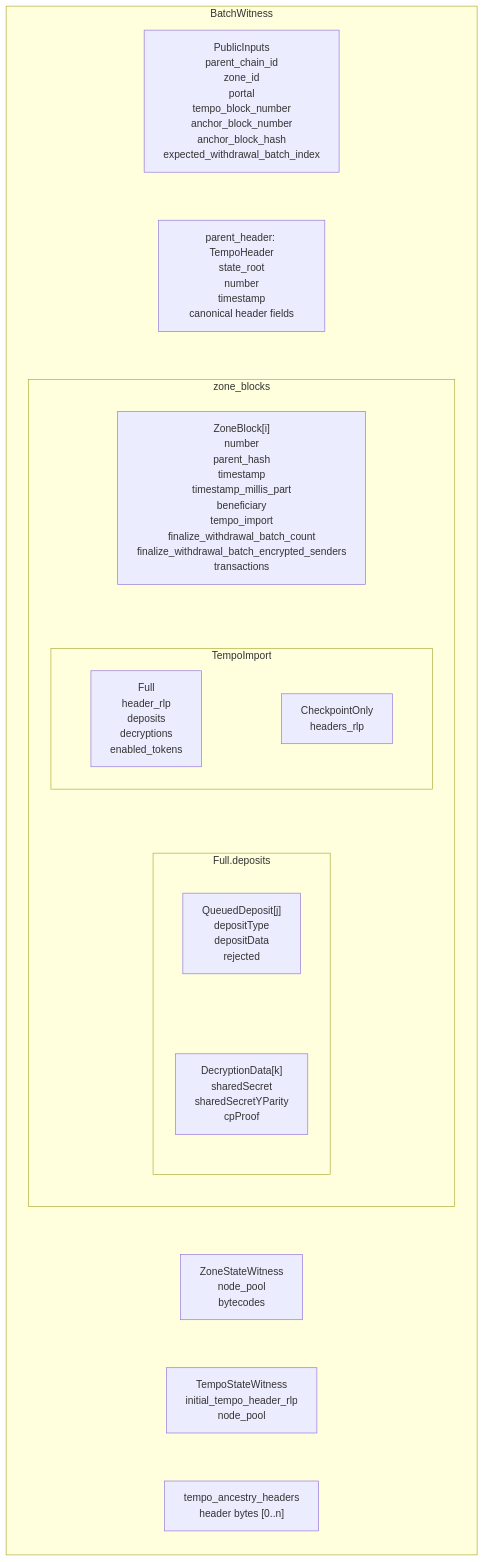
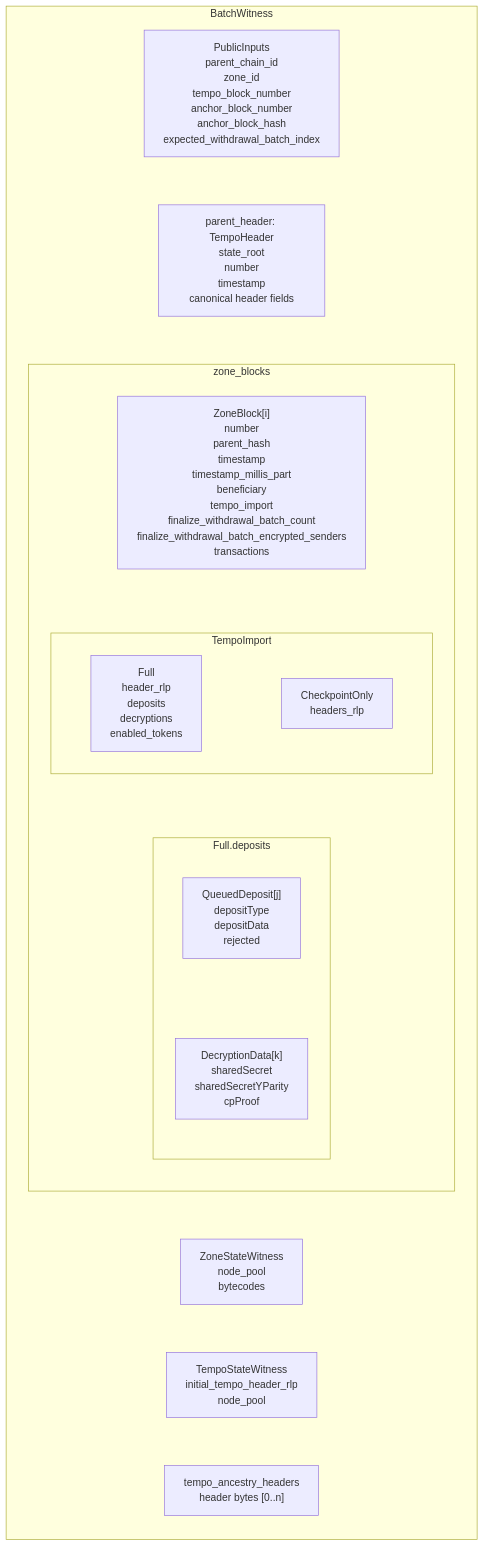
The fifth of 5 diagrams in specs/spec.md (tempoxyz/zones), drawn with Mermaid before and after one commit. The commit also changed other lines of this file and 14 other files, not shown here.

Commit message:
fix(spf): derive portal address from trusted zone spec

````diff
--- a/specs/spec.md
+++ b/specs/spec.md
@@ -1180,41 +1180,41 @@
 ```mermaid
 flowchart TB
     subgraph BW["BatchWitness"]
         direction TB
 
-        PI["PublicInputs<br/>parent_chain_id<br/>zone_id<br/>portal<br/>tempo_block_number<br/>anchor_block_number<br/>anchor_block_hash<br/>expected_withdrawal_batch_index"]
+        PI["PublicInputs<br/>parent_chain_id<br/>zone_id<br/>tempo_block_number<br/>anchor_block_number<br/>anchor_block_hash<br/>expected_withdrawal_batch_index"]
         PH["parent_header: TempoHeader<br/>state_root<br/>number<br/>timestamp<br/>canonical header fields"]
 
         subgraph ZBL["zone_blocks"]
             direction TB
             ZB["ZoneBlock[i]<br/>number<br/>parent_hash<br/>timestamp<br/>timestamp_millis_part<br/>beneficiary<br/>tempo_import<br/>finalize_withdrawal_batch_count<br/>finalize_withdrawal_batch_encrypted_senders<br/>transactions"]
 
             subgraph TI["TempoImport"]
                 direction LR
                 FULL["Full<br/>header_rlp<br/>deposits<br/>decryptions<br/>enabled_tokens"]
                 CHECKPOINT["CheckpointOnly<br/>headers_rlp"]
             end
 
             subgraph DEP["Full.deposits"]
                 direction TB
                 QD["QueuedDeposit[j]<br/>depositType<br/>depositData<br/>rejected"]
                 DD["DecryptionData[k]<br/>sharedSecret<br/>sharedSecretYParity<br/>cpProof"]
                 QD ~~~ DD
             end
 
             ZB ~~~ FULL
             FULL ~~~ QD
             FULL ~~~ CHECKPOINT
         end
 
         ZSW["ZoneStateWitness<br/>node_pool<br/>bytecodes"]
         TSW["TempoStateWitness<br/>initial_tempo_header_rlp<br/>node_pool"]
         AH["tempo_ancestry_headers<br/>header bytes [0..n]"]
 
         PI ~~~ PH
         PH ~~~ ZB
         ZB ~~~ ZSW
         ZSW ~~~ TSW
         TSW ~~~ AH
     end
 ```
````
